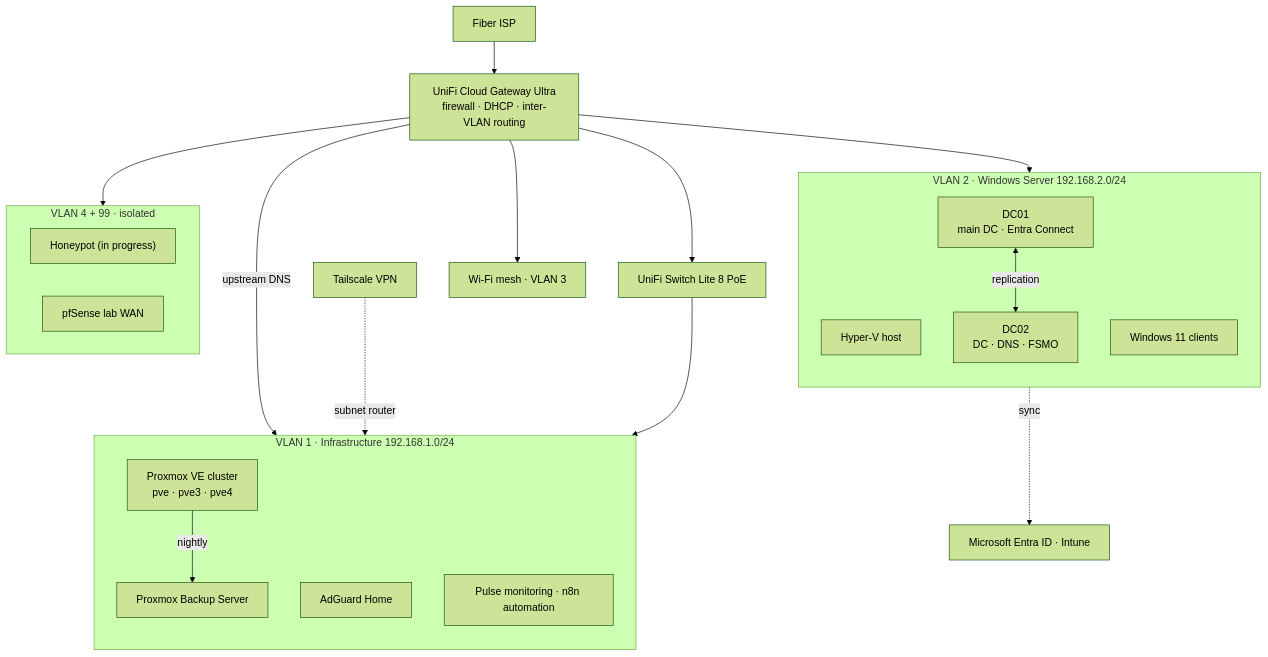
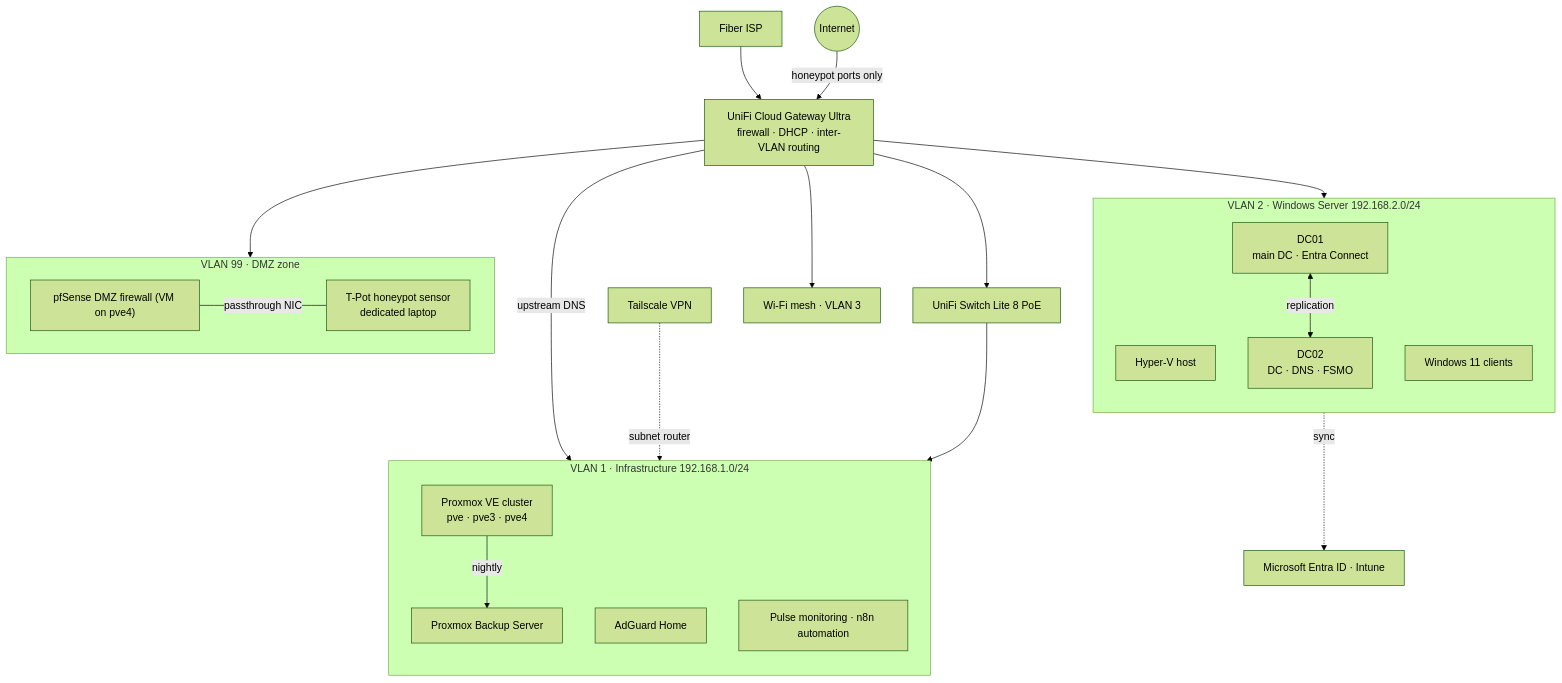
Before and after one commit to kharn970/HomeLab-Infrastructure-: the diagram in README.md, drawn with Mermaid (forest theme). The commit also changed other lines of this file and 4 other files, not shown here.

First line of the commit message:
Add DMZ honeypot documentation (section 7)

````diff
--- a/README.md
+++ b/README.md
@@ -33,36 +37,39 @@
 ```mermaid
 flowchart TB
   ISP["Fiber ISP"] --> GW["UniFi Cloud Gateway Ultra<br/>firewall · DHCP · inter-VLAN routing"]
   GW --> SW["UniFi Switch Lite 8 PoE"]
   GW --> WIFI["Wi-Fi mesh · VLAN 3"]
 
   subgraph V1["VLAN 1 · Infrastructure 192.168.1.0/24"]
     direction TB
     PVE["Proxmox VE cluster<br/>pve · pve3 · pve4"]
     PBS["Proxmox Backup Server"]
     DNS["AdGuard Home"]
     MON["Pulse monitoring · n8n automation"]
   end
 
   subgraph V2["VLAN 2 · Windows Server 192.168.2.0/24"]
     direction TB
     HV["Hyper-V host"]
     DC1["DC01<br/>main DC · Entra Connect"]
     DC2["DC02<br/>DC · DNS · FSMO"]
     W11["Windows 11 clients"]
   end
 
-  subgraph ISO["VLAN 4 + 99 · isolated"]
-    HP["Honeypot (in progress)"]
-    PF["pfSense lab WAN"]
+  subgraph ISO["VLAN 99 · DMZ zone"]
+    PF["pfSense DMZ firewall (VM on pve4)"]
+    HP["T-Pot honeypot sensor<br/>dedicated laptop"]
   end
+
+  INET(("Internet")) -->|honeypot ports only| GW
+  PF ---|passthrough NIC| HP
 
   SW --> V1
   GW --> V2
   GW --> ISO
   DC1 <-->|replication| DC2
   DC1 -.->|sync| ENTRA["Microsoft Entra ID · Intune"]
   PVE -->|nightly| PBS
   GW -->|upstream DNS| DNS
   TS["Tailscale VPN"] -.->|subnet router| PVE
 ```
````
